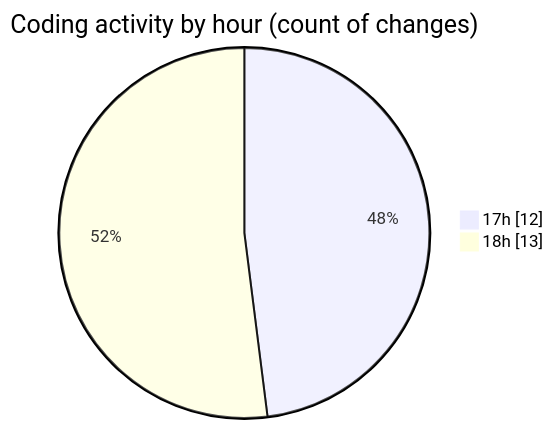
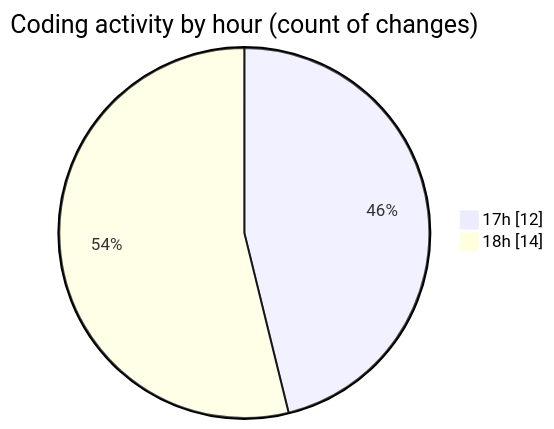
Before and after one commit to donsfak/code-tracking: the second of 2 diagrams in 2025-02-16/uber_clone/README.md, drawn with Mermaid. The commit also changed other lines of this file and 1 other file, not shown here.

````diff
--- a/2025-02-16/uber_clone/README.md
+++ b/2025-02-16/uber_clone/README.md
@@ -39,6 +39,6 @@
 ```mermaid
 pie showData
 title Coding activity by hour (count of changes)
 "17h" : 12
-"18h" : 13
+"18h" : 14
 ```
````
